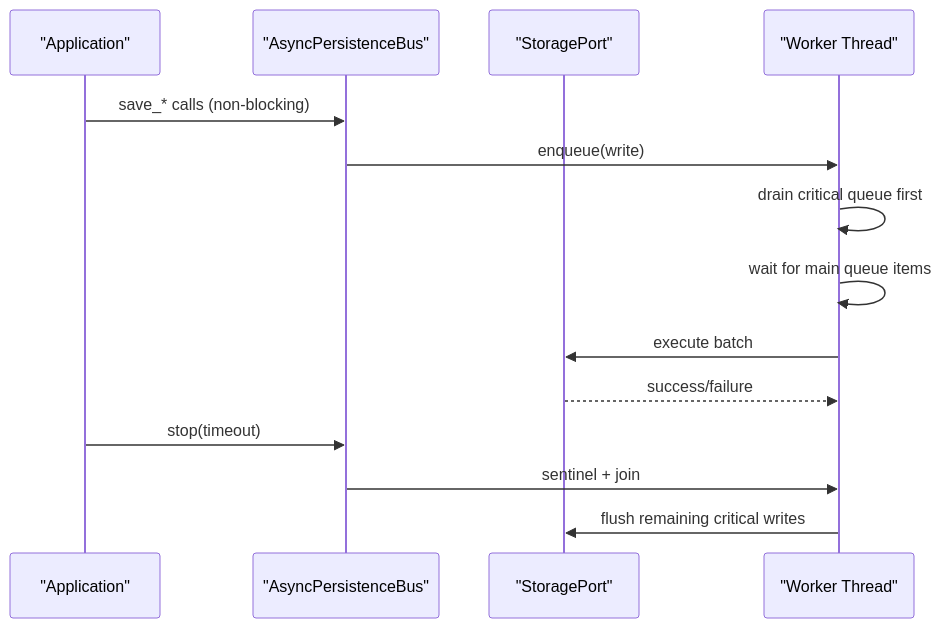
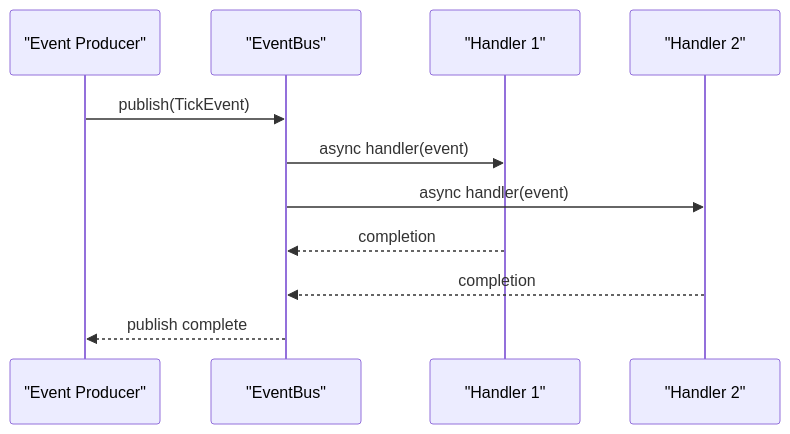
Before and after one commit to gemrajkhatry-maker/v5-of-glassytrade-ai: the seventh of 8 diagrams in .qoder/repowiki/en/content/Architecture Deep Dive/Clean Architecture Layers/Infrastructure Layer/Infrastructure Layer.md, drawn with Mermaid. The commit also changed other lines of this file and 930 other files, not shown here.

````diff
--- a/.qoder/repowiki/en/content/Architecture Deep Dive/Clean Architecture Layers/Infrastructure Layer/Infrastructure Layer.md
+++ b/.qoder/repowiki/en/content/Architecture Deep Dive/Clean Architecture Layers/Infrastructure Layer/Infrastructure Layer.md
@@ -398,16 +362,13 @@
 ```mermaid
 sequenceDiagram
-participant App as "Application"
-participant Bus as "AsyncPersistenceBus"
-participant Store as "StoragePort"
-participant Worker as "Worker Thread"
-App->>Bus : save_* calls (non-blocking)
-Bus->>Worker : enqueue(write)
-Worker->>Worker : drain critical queue first
-Worker->>Worker : wait for main queue items
-Worker->>Store : execute batch
-Store-->>Worker : success/failure
-App->>Bus : stop(timeout)
-Bus->>Worker : sentinel + join
-Worker->>Store : flush remaining critical writes
+participant Producer as "Event Producer"
+participant Bus as "EventBus"
+participant Handler1 as "Handler 1"
+participant Handler2 as "Handler 2"
+Producer->>Bus : publish(TickEvent)
+Bus->>Handler1 : async handler(event)
+Bus->>Handler2 : async handler(event)
+Handler1-->>Bus : completion
+Handler2-->>Bus : completion
+Bus-->>Producer : publish complete
 ```
````
